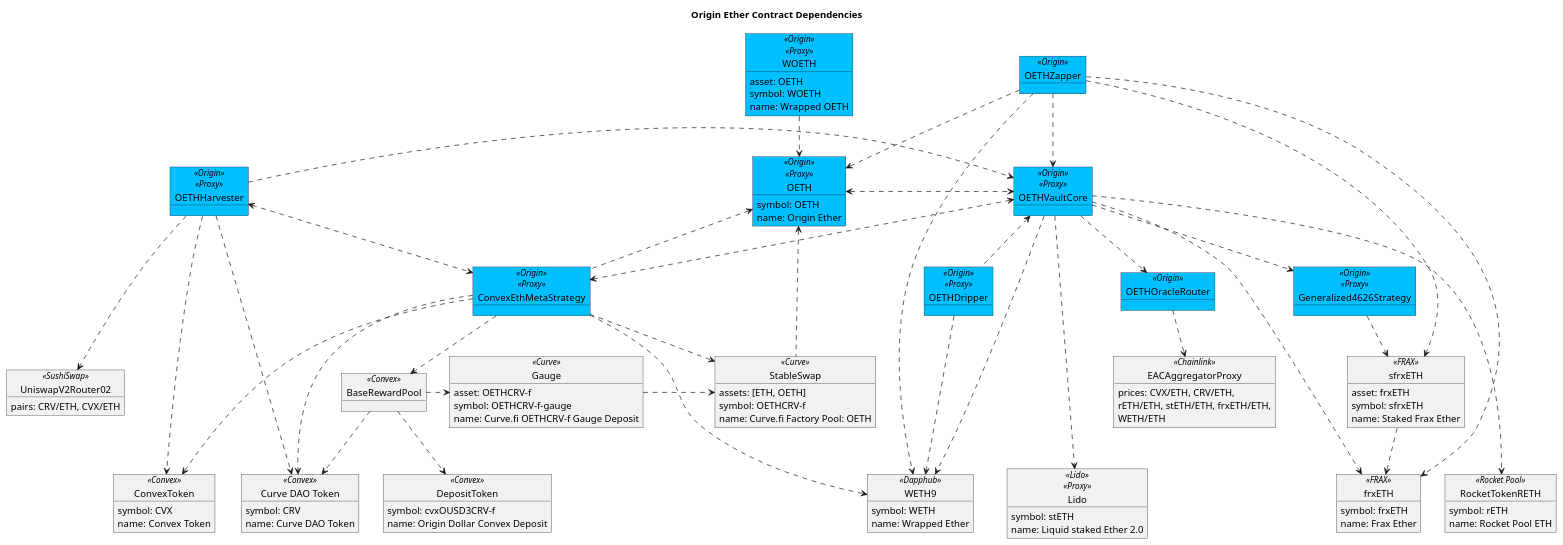
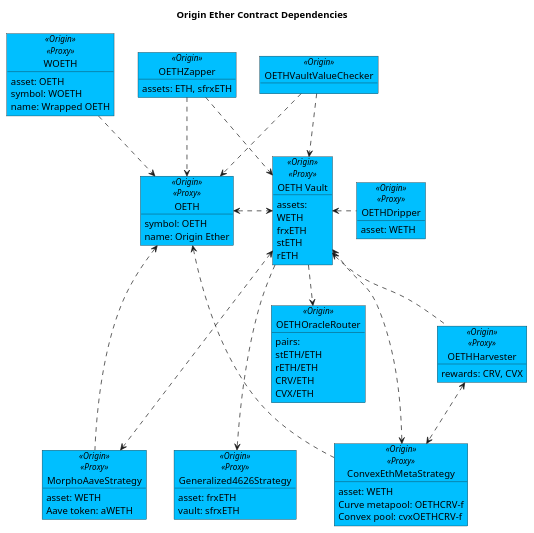
The diagram in contracts/docs/plantuml/oethContracts.puml (OriginProtocol/origin-dollar), drawn with PlantUML before and after one commit.

Commit message:
Merged latest OETH contracts diagram

```diff
--- a/contracts/docs/plantuml/oethContracts.puml
+++ b/contracts/docs/plantuml/oethContracts.puml
@@ -3,11 +3,15 @@
 title "Origin Ether Contract Dependencies"
 
 object "OETHZapper" as zap <<Origin>> #DeepSkyBlue {
+    assets: ETH, sfrxETH
 }
 
 object "OETHDripper" as drip <<Origin>><<Proxy>> #DeepSkyBlue {
+    asset: WETH
 }
 
+object "OETHVaultValueChecker" as checker <<Origin>> #DeepSkyBlue {
+}
 
 object "WOETH" as woeth <<Origin>><<Proxy>> #DeepSkyBlue {
     asset: OETH
@@ -20,136 +24,184 @@
     name: Origin Ether
 }
 
-object "OETHVaultCore" as oethv <<Origin>><<Proxy>> #DeepSkyBlue {
+object "OETH Vault" as oethv <<Origin>><<Proxy>> #DeepSkyBlue {
+assets:
+  WETH
+  frxETH
+  stETH
+  rETH
 }
 
 object "OETHHarvester" as harv <<Origin>><<Proxy>> #DeepSkyBlue {
+    rewards: CRV, CVX
+}
+
+' Strategies
+object "Generalized4626Strategy" as frxethstrat <<Origin>><<Proxy>> #DeepSkyBlue {
+    asset: frxETH
+    vault: sfrxETH
+}
+object "ConvexEthMetaStrategy" as cvxStrat <<Origin>><<Proxy>> #DeepSkyBlue {
+    asset: WETH
+    Curve metapool: OETHCRV-f
+    Convex pool: cvxOETHCRV-f
+}
+object "MorphoAaveStrategy" as morphAaveStrat <<Origin>><<Proxy>> #DeepSkyBlue {
+    asset: WETH
+    Aave token: aWETH
 }
 
 ' Oracle
 object "OETHOracleRouter" as oracle <<Origin>> #DeepSkyBlue {
-}
-object "EACAggregatorProxy" as chain <<Chainlink>> {
-    prices: CVX/ETH, CRV/ETH,\nrETH/ETH, stETH/ETH, frxETH/ETH,\nWETH/ETH 
+pairs:
+    stETH/ETH
+    rETH/ETH
+    CRV/ETH
+    CVX/ETH 
 }
 
-' SushiSwap
-object "UniswapV2Router02" as sushi <<SushiSwap>> {
-    pairs: CRV/ETH, CVX/ETH
-}
+' object "EACAggregatorProxy" as chain <<Chainlink>> {
+'     prices: CVX/ETH, CRV/ETH,\nrETH/ETH, stETH/ETH, frxETH/ETH,\nWETH/ETH 
+' }
 
-' Strategies
+' ' SushiSwap
+' object "UniswapV2Router02" as sushi <<SushiSwap>> {
+'     pairs: CRV/ETH, CVX/ETH
+' }
 
-object "Generalized4626Strategy" as frxethstrat <<Origin>><<Proxy>> #DeepSkyBlue {
-}
+' ' Curve
+' object "Gauge" as gauge <<Curve>> {
+'     asset: OETHCRV-f
+'     symbol: OETHCRV-f-gauge
+'     name: Curve.fi OETHCRV-f Gauge Deposit
+' }
+' object "StableSwap" as crvPool <<Curve>> {
+'     assets: [ETH, OETH]
+'     symbol: OETHCRV-f
+'     name: Curve.fi Factory Pool: OETH
+' }
+' ' Convex
+' ' object "Booster" as cvxBoost <<Convex>> {
+' ' }
+' object "BaseRewardPool" as cvxPool <<Convex>> {
+' }
+' object "DepositToken" as cvxPoolLp <<Convex>> {
+'     symbol: cvxOUSD3CRV-f
+'     name: Origin Dollar Convex Deposit
+' }
 
-object "sfrxETH" as sfrxeth <<FRAX>> {
-    asset: frxETH
-    symbol: sfrxETH
-    name: Staked Frax Ether
-}
+' ' Aave Morpho
+' object "Morpho\nAave V2" as morphoV2 <<Morpho>> {
+' }
+' object "Morpho\nLens" as morphoLens <<Morpho>> {
+' }
 
-' Curve
-object "ConvexEthMetaStrategy" as cvxStat <<Origin>><<Proxy>> #DeepSkyBlue {
-}
-object "Gauge" as gauge <<Curve>> {
-    asset: OETHCRV-f
-    symbol: OETHCRV-f-gauge
-    name: Curve.fi OETHCRV-f Gauge Deposit
-}
-object "StableSwap" as crvPool <<Curve>> {
-    assets: [ETH, OETH]
-    symbol: OETHCRV-f
-    name: Curve.fi Factory Pool: OETH
-}
-' Convex
-' object "Booster" as cvxBoost <<Convex>> {
+' object "aWETH" as aweth <<Aave>> {
+'     symbol: aWETH
+'     name: Aave interest bearing WETH
 ' }
-object "BaseRewardPool" as cvxPool <<Convex>> {
-}
-object "DepositToken" as cvxPoolLp <<Convex>> {
-    symbol: cvxOUSD3CRV-f
-    name: Origin Dollar Convex Deposit
-}
+' object "variableDebtWETH" as vdweth <<Aave>> {
+'     symbol: variableDebtWETH
+'     name: Aave variable debt bearing WETH
+' }
 
-' Assets
-object "frxETH" as frxeth <<FRAX>> {
-    symbol: frxETH
-    name: Frax Ether
-}
+' ' Assets
 
-object "WETH9" as weth <<Dapphub>> {
-    symbol: WETH
-    name: Wrapped Ether
-}
+' object "sfrxETH" as sfrxeth <<FRAX>> {
+'     asset: frxETH
+'     symbol: sfrxETH
+'     name: Staked Frax Ether
+' }
 
-object "RocketTokenRETH" as reth <<Rocket Pool>> {
-    symbol: rETH
-    name: Rocket Pool ETH
-}
+' object "frxETH" as frxeth <<FRAX>> {
+'     symbol: frxETH
+'     name: Frax Ether
+' }
 
-object "Lido" as steth <<Lido>><<Proxy>> {
-    symbol: stETH
-    name: Liquid staked Ether 2.0
-}
+' object "WETH9" as weth <<Dapphub>> {
+'     symbol: WETH
+'     name: Wrapped Ether
+' }
 
-' Rewards 
-object "ConvexToken" as cvx <<Convex>> {
-    symbol: CVX
-    name: Convex Token
-}
+' object "RocketTokenRETH" as reth <<Rocket Pool>> {
+'     symbol: rETH
+'     name: Rocket Pool ETH
+' }
 
-object "Curve DAO Token" as crv <<Convex>> {
-    symbol: CRV
-    name: Curve DAO Token
-}
+' object "Lido" as steth <<Lido>><<Proxy>> {
+'     symbol: stETH
+'     name: Liquid staked Ether 2.0
+' }
+
+' ' Rewards 
+' object "ConvexToken" as cvx <<Convex>> {
+'     symbol: CVX
+'     name: Convex Token
+' }
+
+' object "Curve DAO Token" as crv <<Convex>> {
+'     symbol: CRV
+'     name: Curve DAO Token
+' }
 
 zap ..> oeth
 zap ..> oethv
-zap ....> sfrxeth
-zap .....> frxeth
-zap .....> weth
+' zap ....> sfrxeth
+' zap .....> frxeth
+' zap .....> weth
 
-drip ...> weth
-oethv <.. drip
+' drip .....> weth
+oethv <. drip
 
-harv .> oethv
-harv ...> sushi
-harv ....> cvx
-harv ....> crv
+checker ..> oeth
+checker ..> oethv
+
+oethv <.. harv 
+' harv ...> sushi
+' harv ...> cvx
+' harv ...> crv
 
 woeth ..> oeth
 oeth <.> oethv
 oethv ..> oracle
-oracle ..> chain
+' oracle ...> chain
+
 
 ' Staked FRAX ETH Strategy
-oethv ..> frxethstrat
-frxethstrat ..> sfrxeth
+oethv ...> frxethstrat
+' frxethstrat ..> sfrxeth
 
 ' Convex ETH Metapool Strategy
-harv <..> cvxStat
-oethv <..> cvxStat
-oeth <.. cvxStat
-' cvxStat ..> cvxBoost
-' cvxBoost .[hidden]> cvxPool
-cvxStat ..> crvPool
-cvxStat ..> cvxPool
-cvxStat ...> weth
-cvxStat ...> cvx
-cvxStat ...> crv
-cvxPool ..> cvxPoolLp
-cvxPool ..> crv
-cvxPool .> gauge
-gauge .> crvPool
-oeth <... crvPool
+harv <..> cvxStrat
+oethv <...> cvxStrat
+oeth <... cvxStrat
 
-' Vault to Assets
-oethv ....> frxeth
-oethv ....> weth
-oethv ....> reth
-oethv ....> steth
+' cvxStrat ..> crvPool
+' cvxStrat ..> cvxPool
+' cvxStrat ...> weth
+' cvxStrat ...> cvx
+' cvxStrat ...> crv
+' cvxPool ..> cvxPoolLp
+' cvxPool ..> crv
+' cvxPool .> gauge
+' gauge .> crvPool
+' oeth <... crvPool
 
-sfrxeth ..> frxeth
+' Morpho Aave Strategy
+oethv <...> morphAaveStrat
+oeth <... morphAaveStrat
+' morphAaveStrat ..> morphoV2
+' morphAaveStrat ..> morphoLens
+' morphoLens .> morphoV2
+' morphoV2 ..> aweth
+' morphoV2 ..> vdweth
+
+' ' Vault to Assets
+' oethv .....> frxeth
+' oethv .....> weth
+' oethv .....> reth
+' oethv .....> steth
+
+' sfrxeth ..> frxeth
 
 @enduml
```
